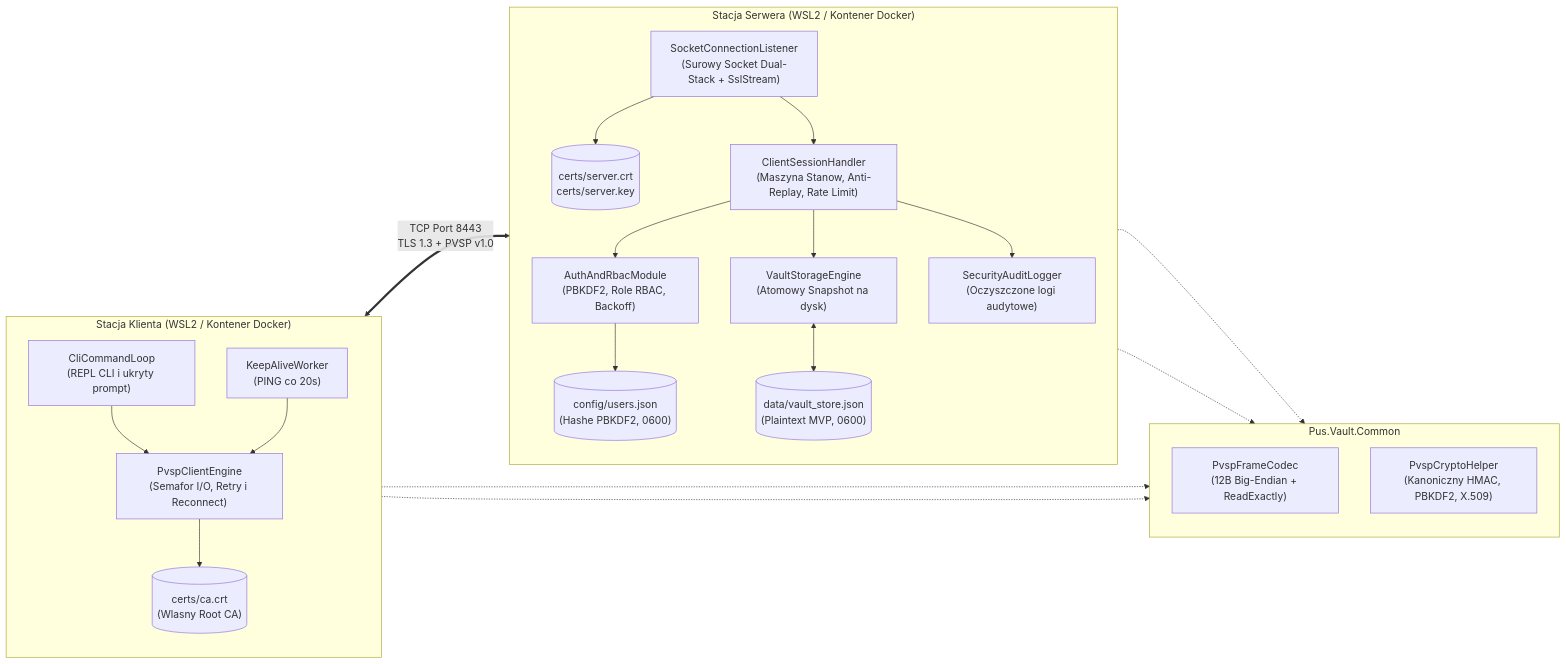
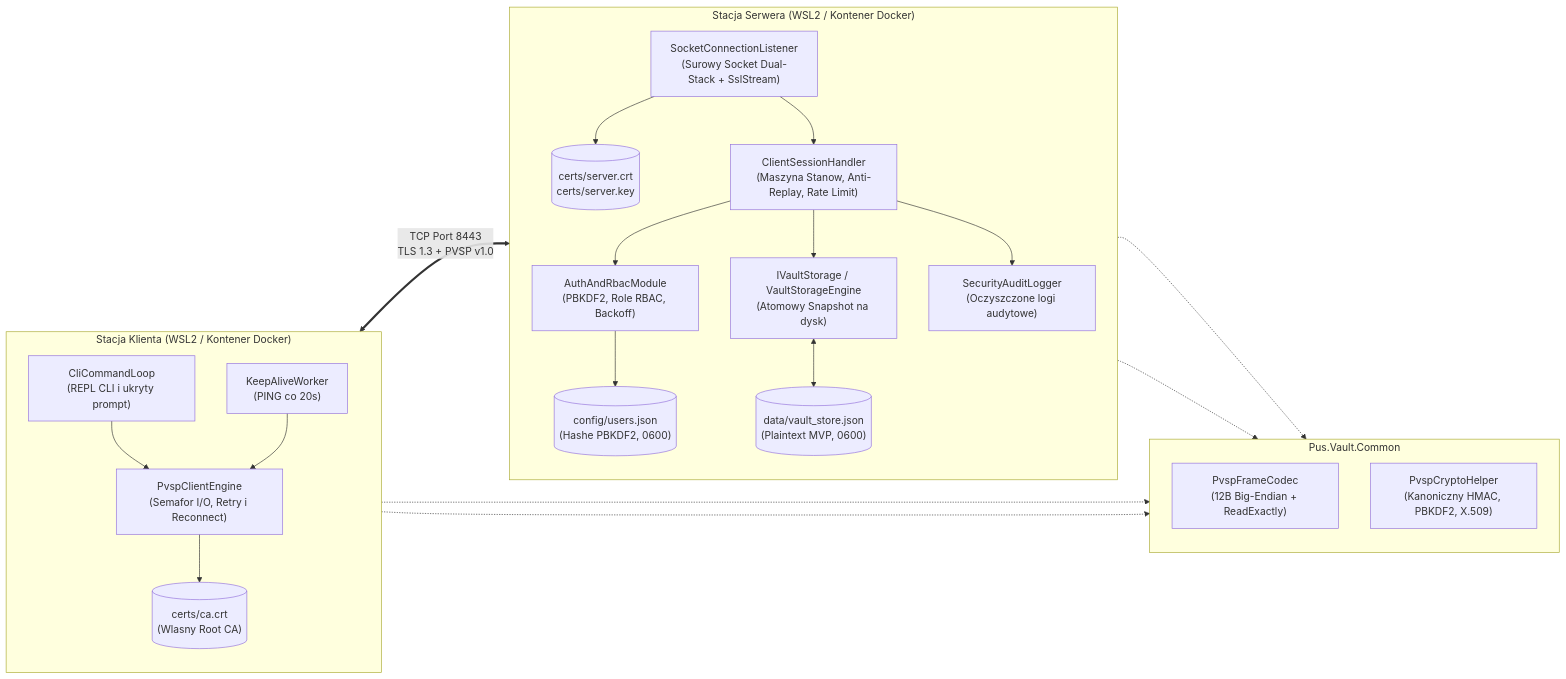
One commit to zephir-x/pk-pus changed the first of 2 diagrams in PusVault/README-pl.md. Above: the diagram before and after it, drawn with Mermaid. The commit also changed other lines of this file and 14 other files, not shown here.

````diff
--- a/PusVault/README-pl.md
+++ b/PusVault/README-pl.md
@@ -57,32 +57,32 @@
 ```mermaid
 flowchart LR
     subgraph ClientHost ["Stacja Klienta (WSL2 / Kontener Docker)"]
         direction TB
         CLI["CliCommandLoop<br/>(REPL CLI i ukryty prompt)"] --> CEngine["PvspClientEngine<br/>(Semafor I/O, Retry i Reconnect)"]
         KA["KeepAliveWorker<br/>(PING co 20s)"] --> CEngine
         CEngine --> CA_Cert[("certs/ca.crt<br/>(Wlasny Root CA)")]
     end
 
     subgraph CommonLib ["Pus.Vault.Common"]
         direction TB
         Codec["PvspFrameCodec<br/>(12B Big-Endian + ReadExactly)"]
         Crypto["PvspCryptoHelper<br/>(Kanoniczny HMAC, PBKDF2, X.509)"]
     end
 
     subgraph ServerHost ["Stacja Serwera (WSL2 / Kontener Docker)"]
         direction TB
         Listener["SocketConnectionListener<br/>(Surowy Socket Dual-Stack + SslStream)"] --> Srv_Cert[("certs/server.crt<br/>certs/server.key")]
         Listener --> Session["ClientSessionHandler<br/>(Maszyna Stanow, Anti-Replay, Rate Limit)"]
         Session --> Auth["AuthAndRbacModule<br/>(PBKDF2, Role RBAC, Backoff)"]
         Auth --> Users_File[("config/users.json<br/>(Hashe PBKDF2, 0600)")]
-        Session --> Storage["VaultStorageEngine<br/>(Atomowy Snapshot na dysk)"]
+        Session --> Storage["IVaultStorage / VaultStorageEngine<br/>(Atomowy Snapshot na dysk)"]
         Storage <--> DB_File[("data/vault_store.json<br/>(Plaintext MVP, 0600)")]
         Session --> Logger["SecurityAuditLogger<br/>(Oczyszczone logi audytowe)"]
     end
 
     CEngine <==>|"TCP Port 8443<br/>TLS 1.3 + PVSP v1.0"| Listener
     CEngine -.-> Codec
     CEngine -.-> Crypto
     Session -.-> Codec
     Session -.-> Crypto
 ```
````
